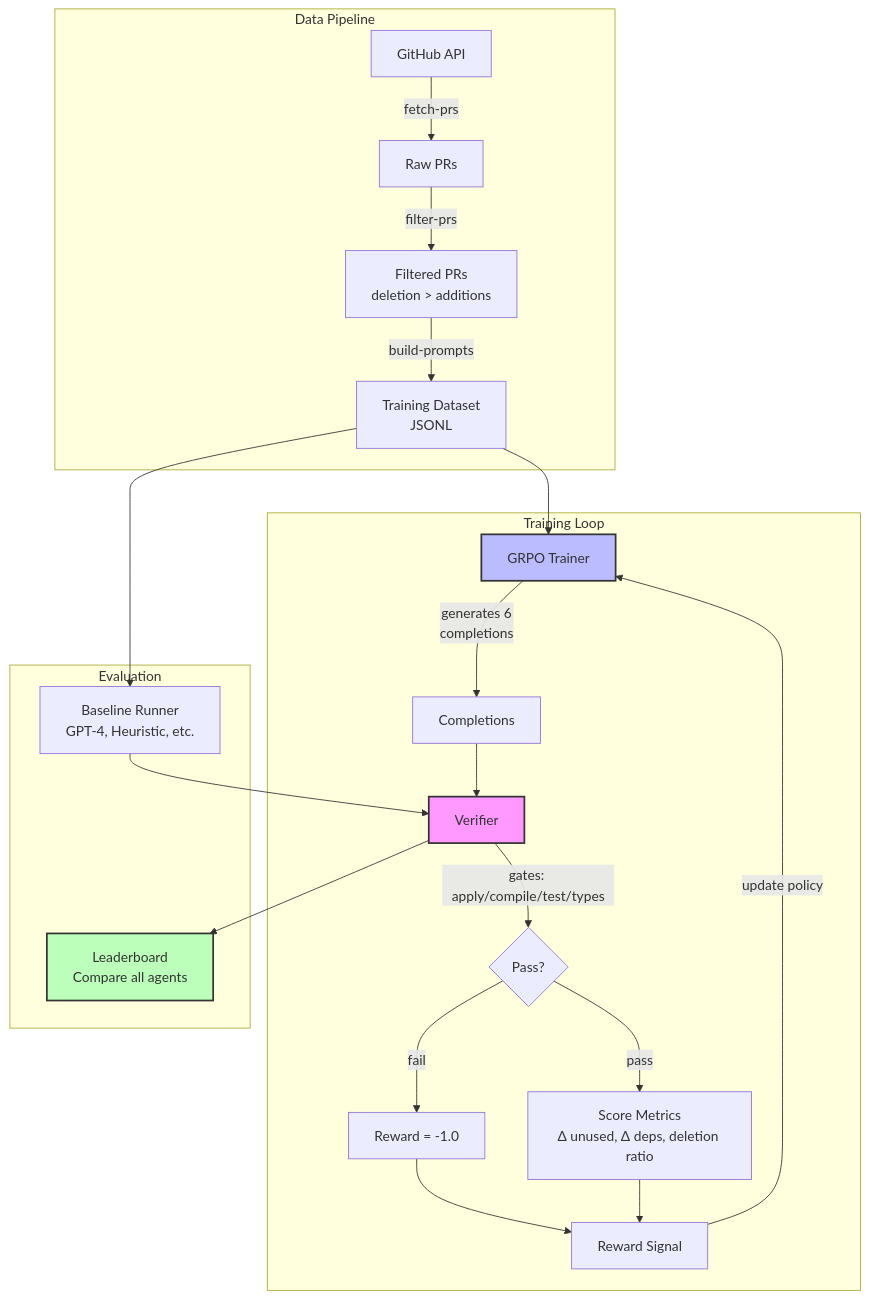
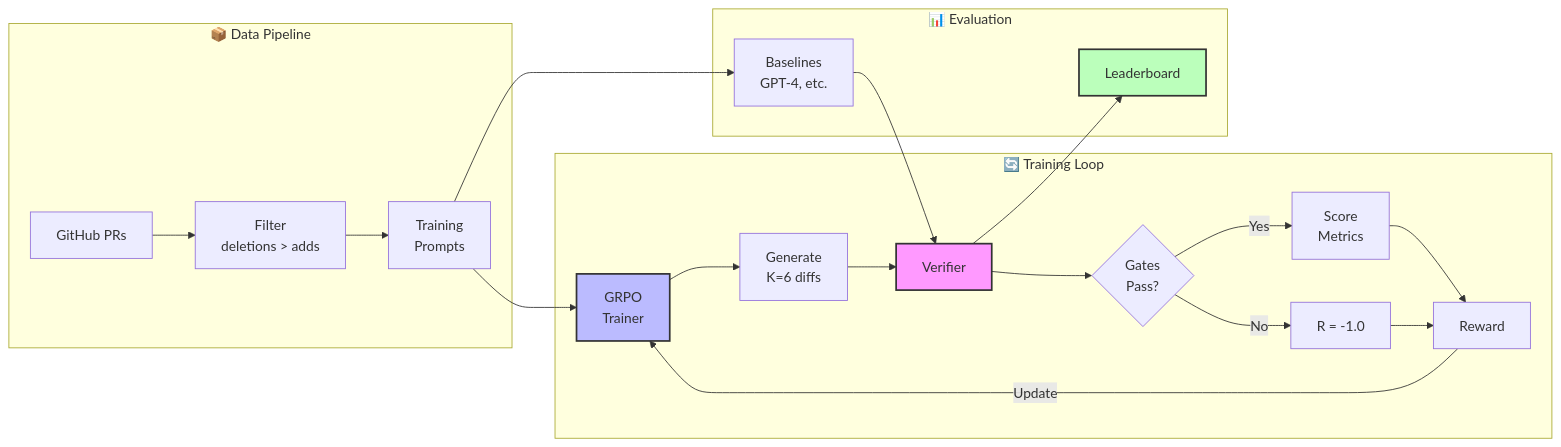
One commit to aniltolwani/clobber changed the diagram in README.md. Above: the diagram before and after it, drawn with Mermaid.

Commit message:
Simplify architecture diagram
- Switch from top-bottom to left-right flow
- Reduce verbosity in node labels
- Use cleaner 3-box layout (Data → Training → Eval)
- Keep colored highlights for key components

````diff
--- a/README.md
+++ b/README.md
@@ -52,30 +52,30 @@
 ```mermaid
-graph TB
-    subgraph "Data Pipeline"
-        A[GitHub API] -->|fetch-prs| B[Raw PRs]
-        B -->|filter-prs| C[Filtered PRs<br/>deletion > additions]
-        C -->|build-prompts| D[Training Dataset<br/>JSONL]
+graph LR
+    subgraph Data["📦 Data Pipeline"]
+        A[GitHub PRs] --> B[Filter<br/>deletions > adds]
+        B --> C[Training<br/>Prompts]
     end
 
-    subgraph "Training Loop"
-        D --> E[GRPO Trainer]
-        E -->|generates 6<br/>completions| F[Completions]
-        F --> G[Verifier]
-        G -->|gates: apply/compile/test/types| H{Pass?}
-        H -->|fail| I[Reward = -1.0]
-        H -->|pass| J[Score Metrics<br/>Δ unused, Δ deps, deletion ratio]
-        I --> K[Reward Signal]
-        J --> K
-        K -->|update policy| E
+    subgraph Training["🔄 Training Loop"]
+        D[GRPO<br/>Trainer] --> E[Generate<br/>K=6 diffs]
+        E --> F[Verifier]
+        F --> G{Gates<br/>Pass?}
+        G -->|Yes| H[Score<br/>Metrics]
+        G -->|No| I[R = -1.0]
+        H --> J[Reward]
+        I --> J
+        J -->|Update| D
     end
 
-    subgraph "Evaluation"
-        D --> L[Baseline Runner<br/>GPT-4, Heuristic, etc.]
-        L --> G
-        G --> M[Leaderboard<br/>Compare all agents]
+    subgraph Eval["📊 Evaluation"]
+        K[Baselines<br/>GPT-4, etc.] --> F
+        F --> L[Leaderboard]
     end
 
-    style G fill:#f9f,stroke:#333,stroke-width:2px
-    style E fill:#bbf,stroke:#333,stroke-width:2px
-    style M fill:#bfb,stroke:#333,stroke-width:2px
+    C --> D
+    C --> K
+
+    style F fill:#f9f,stroke:#333,stroke-width:2px
+    style D fill:#bbf,stroke:#333,stroke-width:2px
+    style L fill:#bfb,stroke:#333,stroke-width:2px
 ```
````
